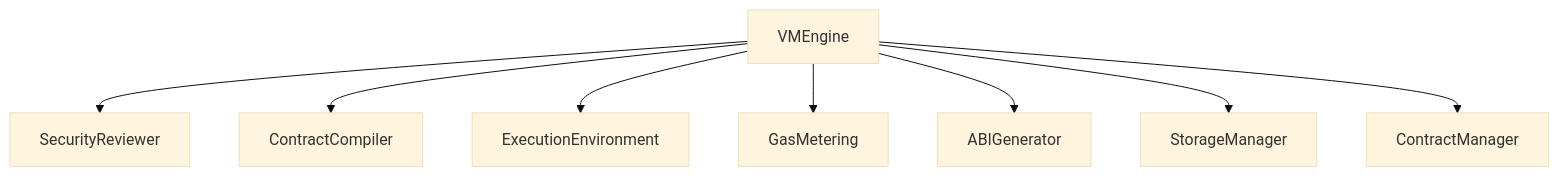
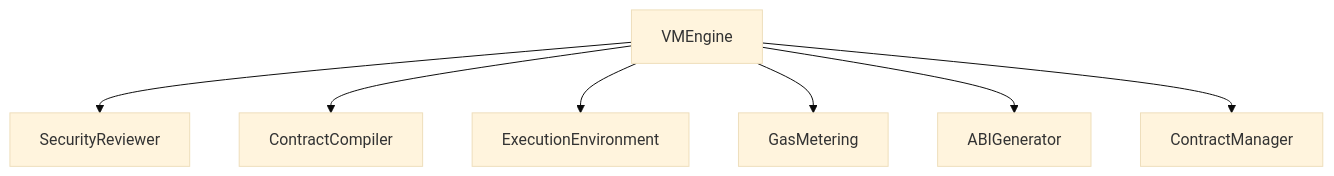
Before and after one commit to lengzhao/vm: the fifth of 5 diagrams in docs/detailed_design/vm_engine_detailed_design.md, drawn with Mermaid (base theme). The commit also changed other lines of this file and 11 other files, not shown here.

````diff
--- a/docs/detailed_design/vm_engine_detailed_design.md
+++ b/docs/detailed_design/vm_engine_detailed_design.md
@@ -393,10 +392,9 @@
 ```mermaid
 graph TD
 A[VMEngine] --> B[SecurityReviewer]
 A --> C[ContractCompiler]
 A --> D[ExecutionEnvironment]
 A --> E[GasMetering]
 A --> F[ABIGenerator]
-A --> G[StorageManager]
-A --> H[ContractManager]
+A --> G[ContractManager]
 ```
````
